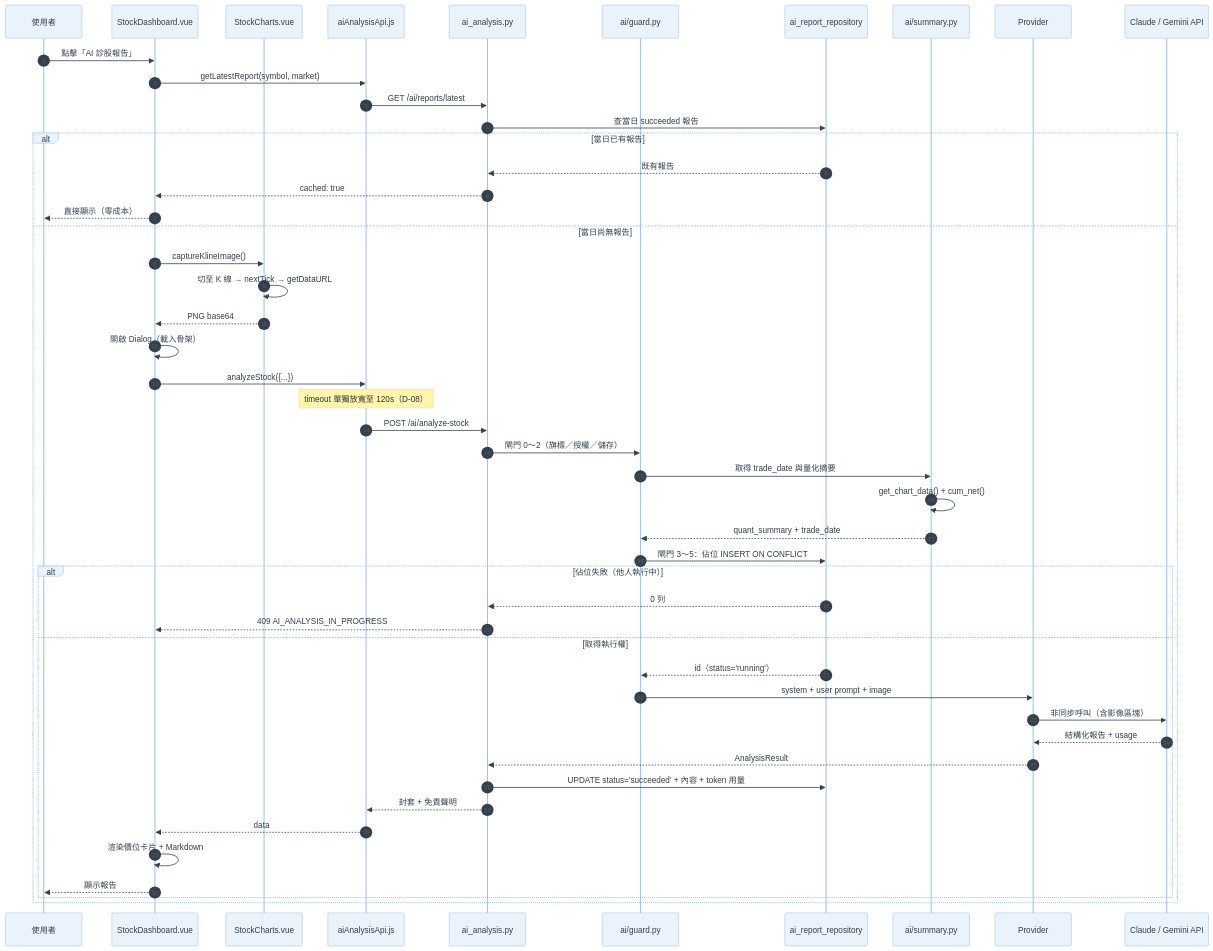
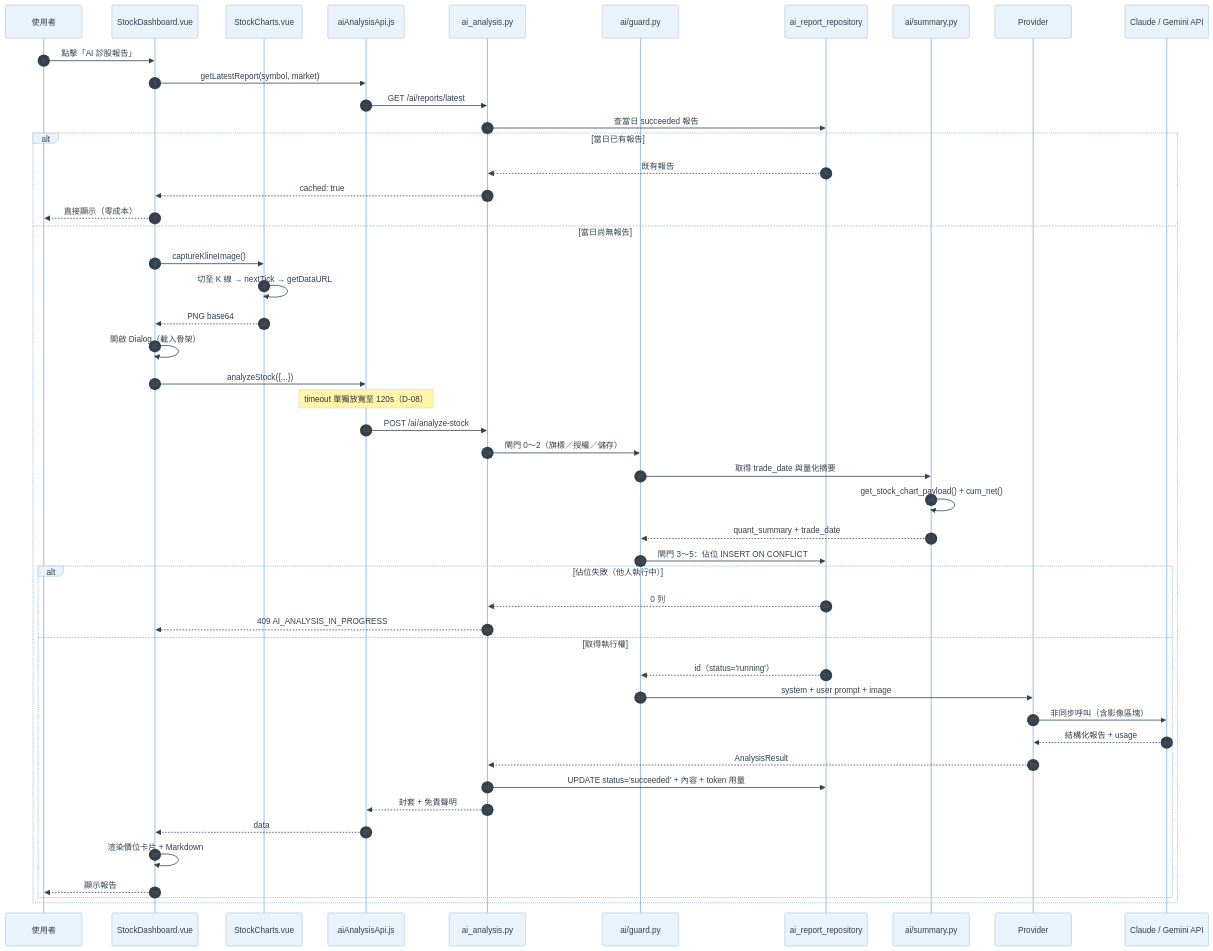
Before and after one commit to jacksonlee-tw/mystock-vue: the fifth of 5 diagrams in mystock-vue/docs/16.AI技術分析/AI技術分析規劃.md, drawn with Mermaid. The commit also changed other lines of this file and 33 other files, not shown here.

````diff
--- a/mystock-vue/docs/16.AI技術分析/AI技術分析規劃.md
+++ b/mystock-vue/docs/16.AI技術分析/AI技術分析規劃.md
@@ -1157,64 +1249,64 @@
 ```mermaid
 %%{init: {
   "theme": "base",
   "themeVariables": {
     "background": "#ffffff",
     "primaryColor": "#EAF2FB",
     "primaryBorderColor": "#9EC2E6",
     "primaryTextColor": "#33414F",
     "lineColor": "#9AA5B1",
     "textColor": "#33414F",
     "fontFamily": "Segoe UI, sans-serif"
   }
 }}%%
 sequenceDiagram
     autonumber
     participant U as 使用者
     participant D as StockDashboard.vue
     participant C as StockCharts.vue
     participant A as aiAnalysisApi.js
     participant E as ai_analysis.py
     participant G as ai/guard.py
     participant R as ai_report_repository
     participant S as ai/summary.py
     participant P as Provider
     participant L as Claude / Gemini API
 
     U->>D: 點擊「AI 診股報告」
     D->>A: getLatestReport(symbol, market)
     A->>E: GET /ai/reports/latest
     E->>R: 查當日 succeeded 報告
     alt 當日已有報告
         R-->>E: 既有報告
         E-->>D: cached: true
         D-->>U: 直接顯示（零成本）
     else 當日尚無報告
         D->>C: captureKlineImage()
         C->>C: 切至 K 線 → nextTick → getDataURL
         C-->>D: PNG base64
         D->>D: 開啟 Dialog（載入骨架）
         D->>A: analyzeStock({...})
         Note over A: timeout 單獨放寬至 120s（D-08）
         A->>E: POST /ai/analyze-stock
         E->>G: 閘門 0～2（旗標／授權／儲存）
         G->>S: 取得 trade_date 與量化摘要
-        S->>S: get_chart_data() + cum_net()
+        S->>S: get_stock_chart_payload() + cum_net()
         S-->>G: quant_summary + trade_date
         G->>R: 閘門 3～5：佔位 INSERT ON CONFLICT
         alt 佔位失敗（他人執行中）
             R-->>E: 0 列
             E-->>D: 409 AI_ANALYSIS_IN_PROGRESS
         else 取得執行權
             R-->>G: id（status='running'）
             G->>P: system + user prompt + image
             P->>L: 非同步呼叫（含影像區塊）
             L-->>P: 結構化報告 + usage
             P-->>E: AnalysisResult
             E->>R: UPDATE status='succeeded' + 內容 + token 用量
             E-->>A: 封套 + 免責聲明
             A-->>D: data
             D->>D: 渲染價位卡片 + Markdown
             D-->>U: 顯示報告
         end
     end
 ```
````
